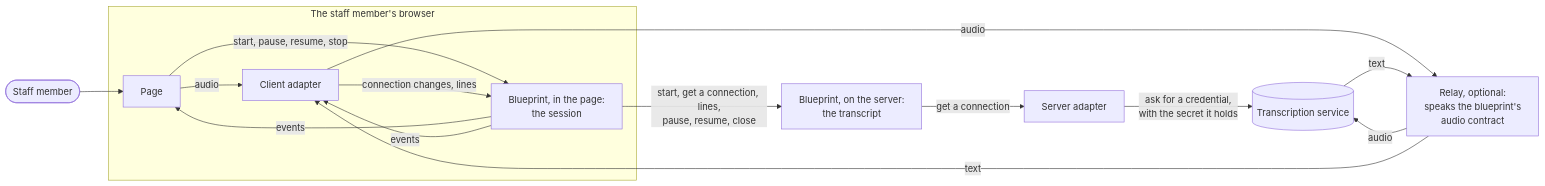
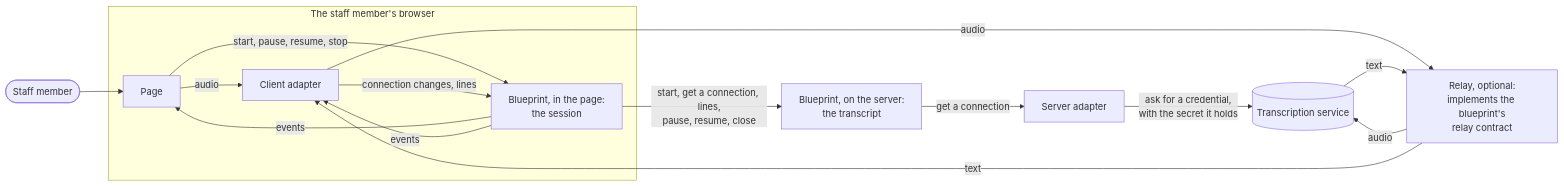
One commit to codeforamerica/safety-net-blueprint changed the first of 6 diagrams in docs/architecture/domains/communication.md. Above: the diagram before and after it, drawn with Mermaid. The commit also changed other lines of this file and 3 other files, not shown here.

First line of the commit message:
Call the relay's AsyncAPI document the relay contract

````diff
--- a/docs/architecture/domains/communication.md
+++ b/docs/architecture/domains/communication.md
@@ -91,18 +91,18 @@
 ```mermaid
 flowchart LR
   staff([Staff member]) --> page
   subgraph browser [The staff member's browser]
     page[Page] -- audio --> client[Client adapter]
     page -- start, pause, resume, stop --> session[Blueprint, in the page:<br/>the session]
     client -- connection changes, lines --> session
     session -- events --> page
     session -- events --> client
   end
-  client -- audio --> relay[Relay, optional:<br/>speaks the blueprint's<br/>audio contract]
+  client -- audio --> relay[Relay, optional:<br/>implements the blueprint's<br/>relay contract]
   relay -- audio --> service[(Transcription service)]
   service -- text --> relay
   relay -- text --> client
   session -- start, get a connection, lines,<br/>pause, resume, close --> server[Blueprint, on the server:<br/>the transcript]
   server -- get a connection --> adapter[Server adapter]
   adapter -- ask for a credential,<br/>with the secret it holds --> service
 ```
````
